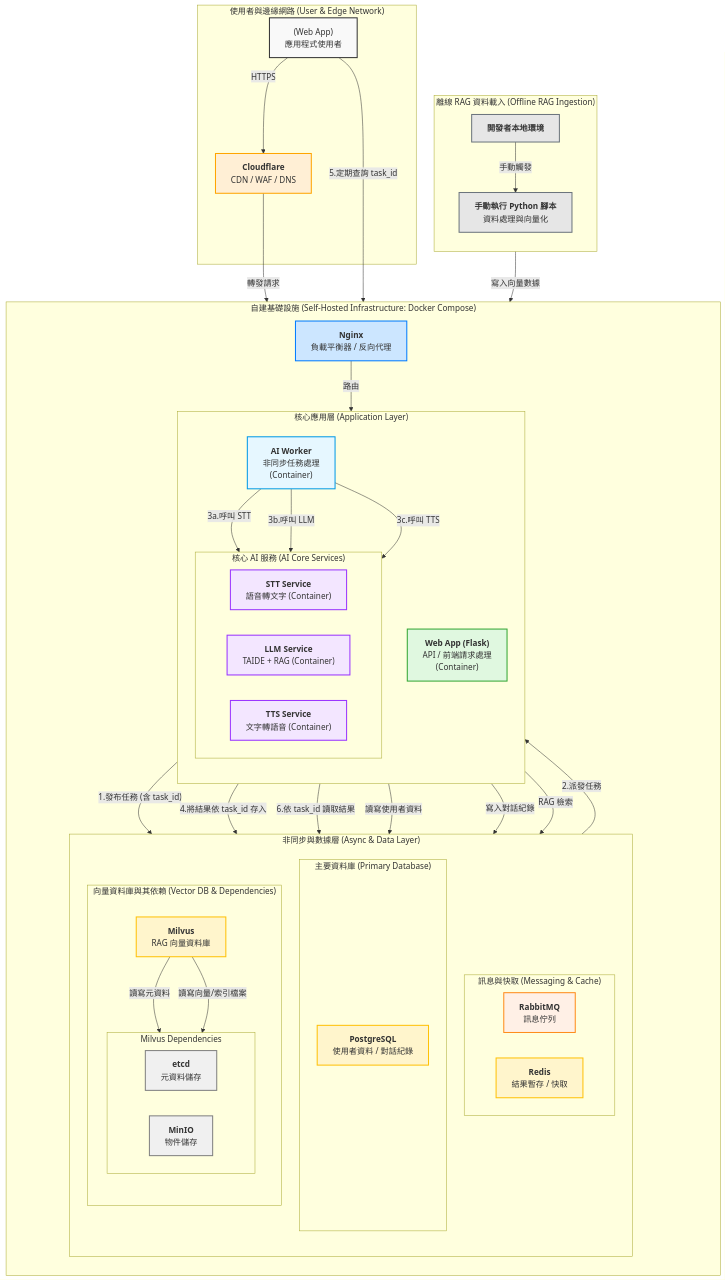
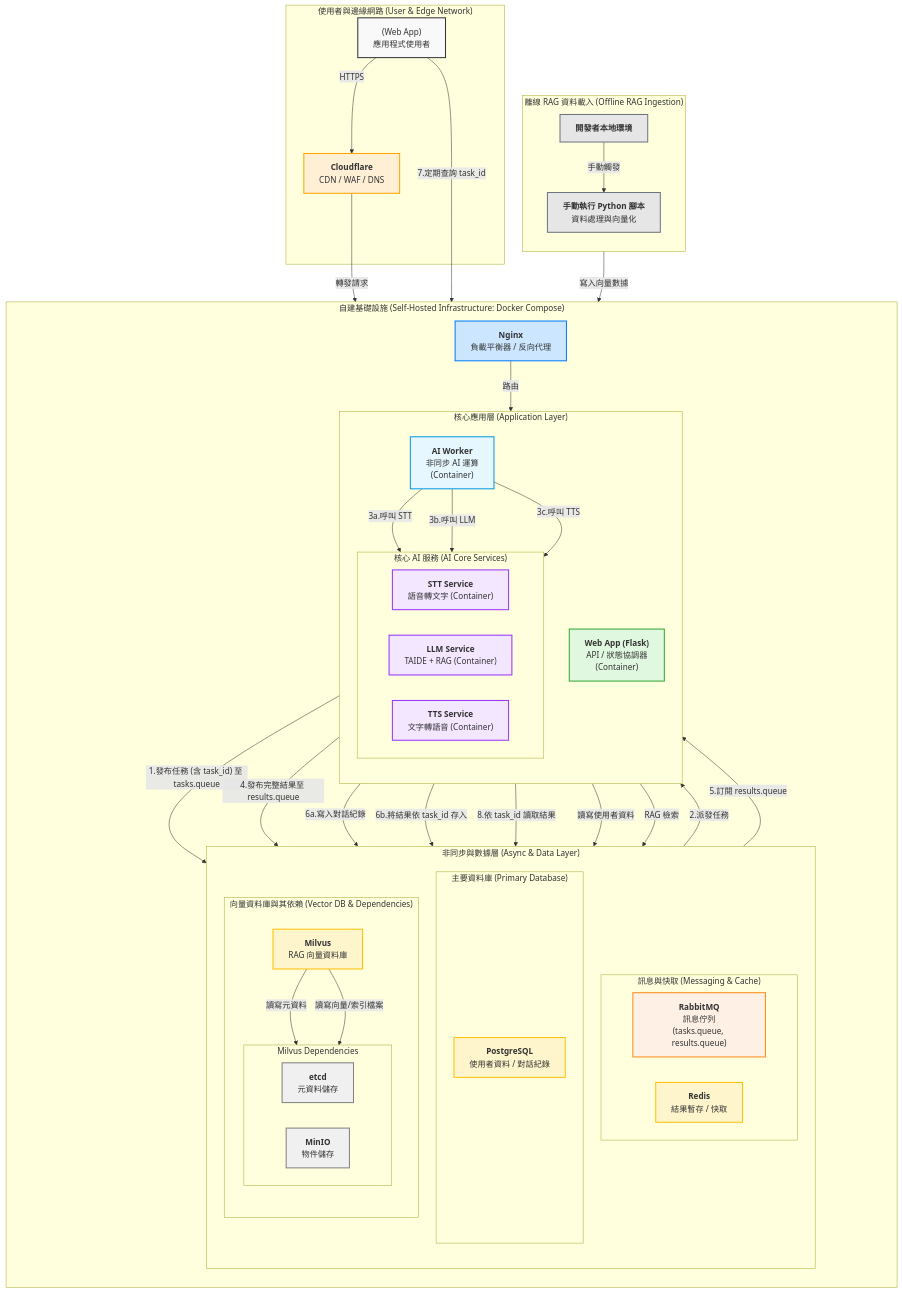
Before and after one commit to allen8196/beloved_grandson: the diagram in document/架構文件.md, drawn with Mermaid. The commit also changed other lines of this file and 2 other files, not shown here.

Commit message:
優化 AI Worker 任務處理與資料持久化邏輯

```diff
--- a/document/架構文件.md
+++ b/document/架構文件.md
@@ -35,8 +35,8 @@
 
         subgraph "核心應用層 (Application Layer)"
             direction TB
-            WebApp["<b>Web App (Flask)</b><br>API / 前端請求處理<br>(Container)"]
-            AIWorker["<b>AI Worker</b><br>非同步任務處理<br>(Container)"]
+            WebApp["<b>Web App (Flask)</b><br>API / 狀態協調器<br>(Container)"]
+            AIWorker["<b>AI Worker</b><br>非同步 AI 運算<br>(Container)"]
 
             subgraph "核心 AI 服務 (AI Core Services)"
                 direction LR
@@ -50,7 +50,7 @@
             direction TB
             subgraph "訊息與快取 (Messaging & Cache)"
                 direction LR
-                RabbitMQ["<b>RabbitMQ</b><br>訊息佇列"]
+                RabbitMQ["<b>RabbitMQ</b><br>訊息佇列<br>(tasks.queue, results.queue)"]
                 Redis["<b>Redis</b><br>結果暫存 / 快取"]
             end
 
@@ -84,26 +84,28 @@
     Cloudflare -- "轉發請求" --> LB
     LB -- "路由" --> WebApp
 
-    %% 非同步任務處理流程
-    WebApp -- "1.發布任務 (含 task_id)" --> RabbitMQ
+    %% 非同步任務處理流程 (優化後)
+    WebApp -- "1.發布任務 (含 task_id) 至 tasks.queue" --> RabbitMQ
     RabbitMQ -- "2.派發任務" --> AIWorker
     AIWorker -- "3a.呼叫 STT" --> STT
     AIWorker -- "3b.呼叫 LLM" --> LLM
     LLM -- "RAG 檢索" --> Milvus
     AIWorker -- "3c.呼叫 TTS" --> TTS
-    AIWorker -- "4.將結果依 task_id 存入" --> Redis
+    AIWorker -- "4.發布完整結果至 results.queue" --> RabbitMQ
+
+    %% 結果持久化與查詢流程
+    RabbitMQ -- "5.訂閱 results.queue" --> WebApp
+    WebApp -- "6a.寫入對話紀錄" --> PostgreSQL
+    WebApp -- "6b.將結果依 task_id 存入" --> Redis
+    User -- "7.定期查詢 task_id" --> WebApp
+    WebApp -- "8.依 task_id 讀取結果" --> Redis
 
     %% Milvus 內部數據流
     Milvus -- "讀寫元資料" --> Etcd
     Milvus -- "讀寫向量/索引檔案" --> MinIO
 
-    %% 結果查詢流程 (以輪詢為例)
-    User -- "5.定期查詢 task_id" --> WebApp
-    WebApp -- "6.依 task_id 讀取結果" --> Redis
-
     %% 一般數據庫存取
     WebApp -- "讀寫使用者資料" --> PostgreSQL
-    AIWorker -- "寫入對話紀錄" --> PostgreSQL
 
     %% 離線資料載入流程
     DevEnv -- "手動觸發" --> IngestionScript
```
